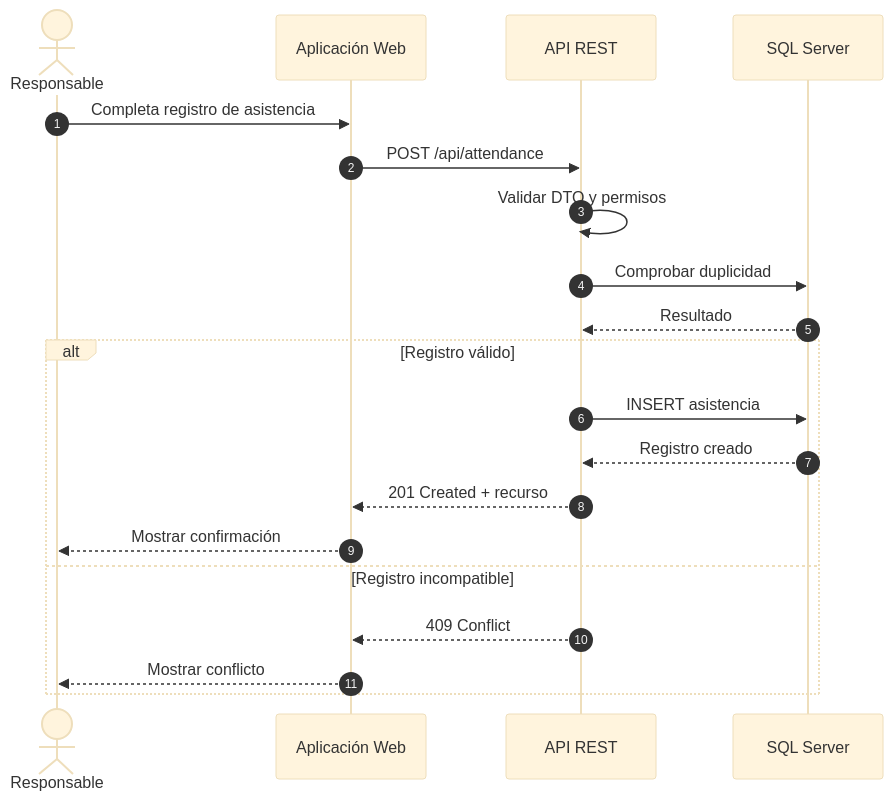
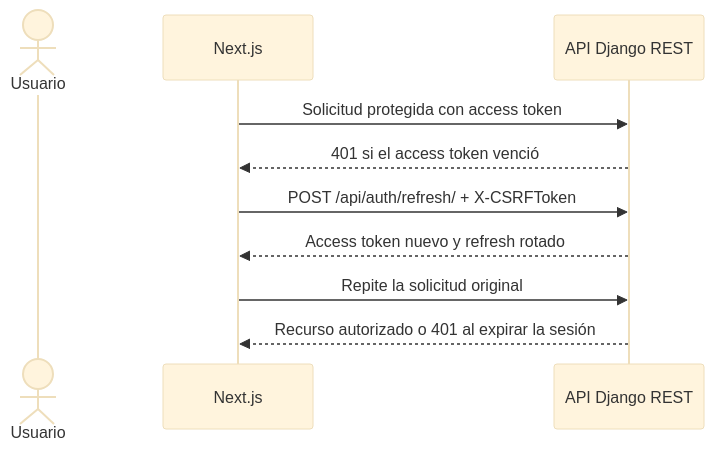
The fourth of 4 diagrams in README_SGA_C4.md (CalMiranda/SGA), drawn with Mermaid (base theme) before and after one commit. The commit also changed other lines of this file and 15 other files, not shown here.

````diff
--- a/README_SGA_C4.md
+++ b/README_SGA_C4.md
@@ -71,22 +72,12 @@
 ```mermaid
 sequenceDiagram
-  autonumber
-  actor R as Responsable
-  participant W as Aplicación Web
-  participant A as API REST
-  participant DB as SQL Server
-  R->>W: Completa registro de asistencia
-  W->>A: POST /api/attendance
-  A->>A: Validar DTO y permisos
-  A->>DB: Comprobar duplicidad
-  DB-->>A: Resultado
-  alt Registro válido
-    A->>DB: INSERT asistencia
-    DB-->>A: Registro creado
-    A-->>W: 201 Created + recurso
-    W-->>R: Mostrar confirmación
-  else Registro incompatible
-    A-->>W: 409 Conflict
-    W-->>R: Mostrar conflicto
-  end
+  actor U as Usuario
+  participant W as Next.js
+  participant A as API Django REST
+  W->>A: Solicitud protegida con access token
+  A-->>W: 401 si el access token venció
+  W->>A: POST /api/auth/refresh/ + X-CSRFToken
+  A-->>W: Access token nuevo y refresh rotado
+  W->>A: Repite la solicitud original
+  A-->>W: Recurso autorizado o 401 al expirar la sesión
 ```
````
